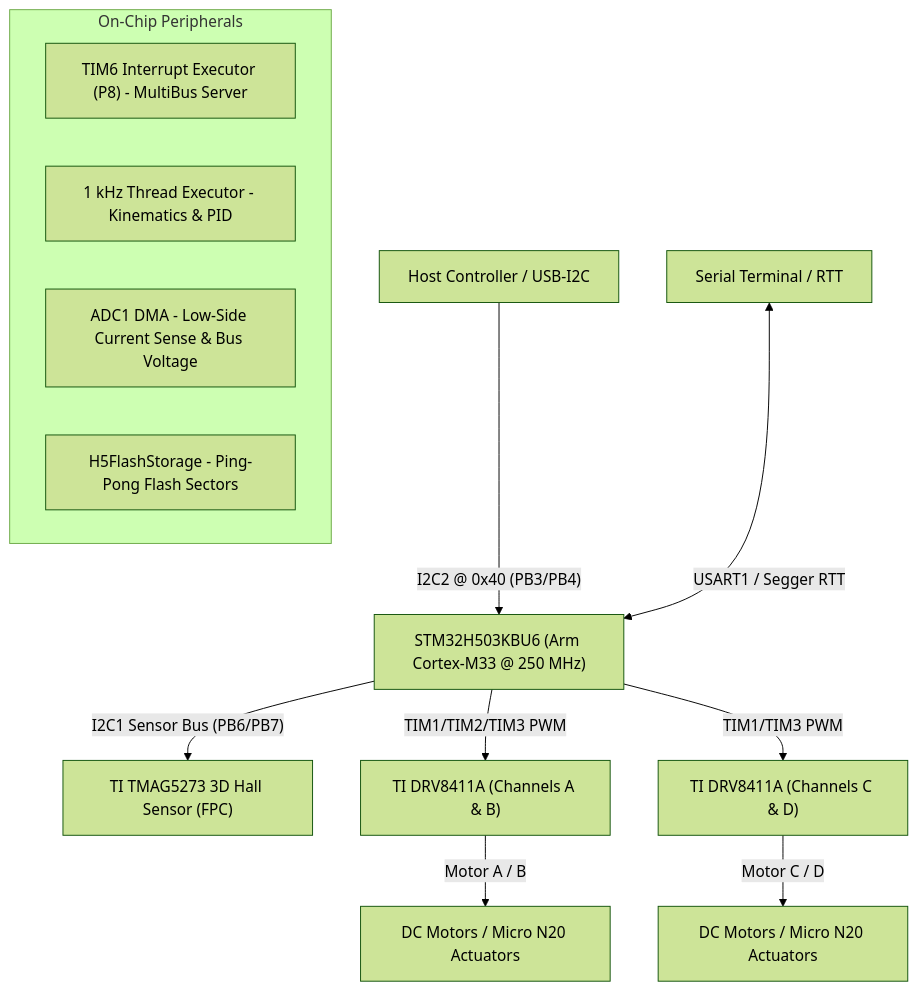
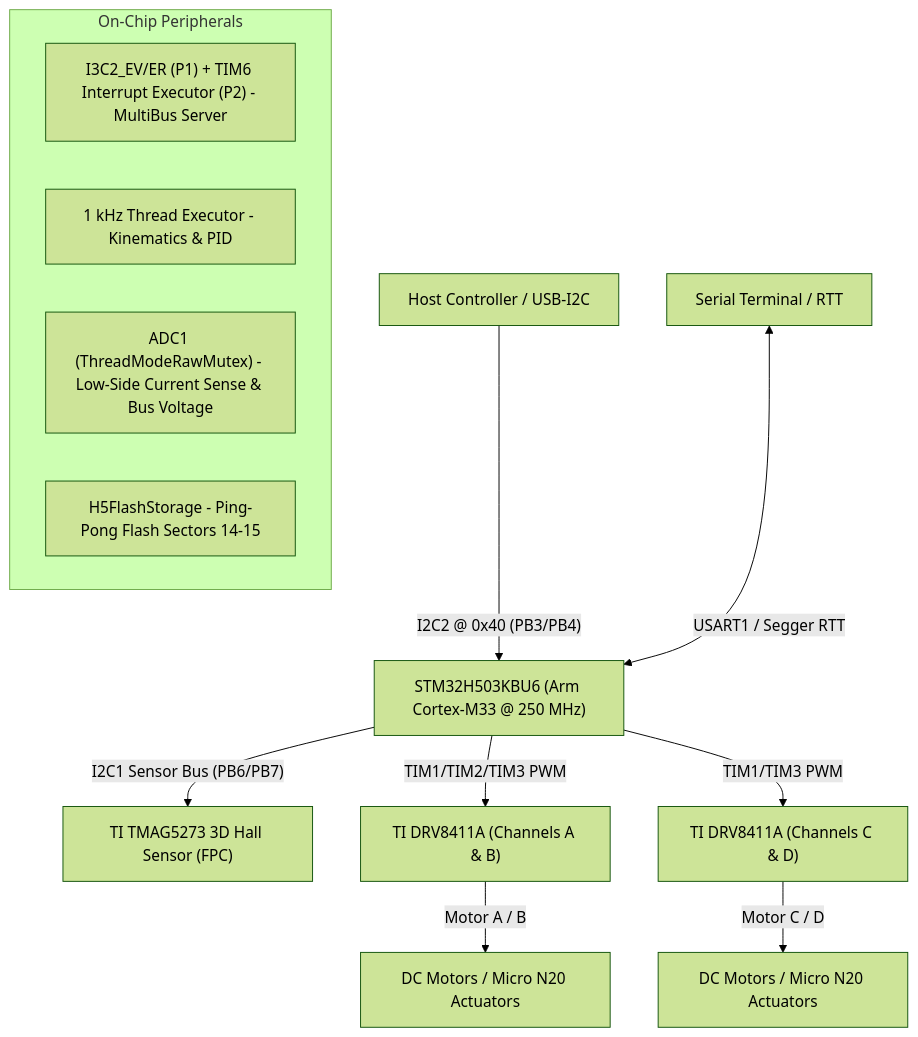
Before and after one commit to bareFOC/barefoc.github.io: the diagram in docs/examples/fishyservo.md, drawn with Mermaid (forest theme). The commit also changed other lines of this file and 3 other files, not shown here.

````diff
--- a/docs/examples/fishyservo.md
+++ b/docs/examples/fishyservo.md
@@ -17,19 +17,19 @@
 ```mermaid
 flowchart TD
     Host["Host Controller / USB-I2C"] -->|"I2C2 @ 0x40 (PB3/PB4)"| Stm32["STM32H503KBU6 (Arm Cortex-M33 @ 250 MHz)"]
     Console["Serial Terminal / RTT"] <-->|"USART1 / Segger RTT"| Stm32
     
     subgraph stm32_peripherals ["On-Chip Peripherals"]
-        I2CTarget["TIM6 Interrupt Executor (P8) - MultiBus Server"]
+        I2CTarget["I3C2_EV/ER (P1) + TIM6 Interrupt Executor (P2) - MultiBus Server"]
         MotorTask["1 kHz Thread Executor - Kinematics & PID"]
-        AdcTask["ADC1 DMA - Low-Side Current Sense & Bus Voltage"]
-        FlashStore["H5FlashStorage - Ping-Pong Flash Sectors"]
+        AdcTask["ADC1 (ThreadModeRawMutex) - Low-Side Current Sense & Bus Voltage"]
+        FlashStore["H5FlashStorage - Ping-Pong Flash Sectors 14-15"]
     end
     
     Stm32 -->|"I2C1 Sensor Bus (PB6/PB7)"| Tmag["TI TMAG5273 3D Hall Sensor (FPC)"]
     Stm32 -->|"TIM1/TIM2/TIM3 PWM"| DrvU1["TI DRV8411A (Channels A & B)"]
     Stm32 -->|"TIM1/TIM3 PWM"| DrvU2["TI DRV8411A (Channels C & D)"]
     
     DrvU1 -->|"Motor A / B"| MotorsAB["DC Motors / Micro N20 Actuators"]
     DrvU2 -->|"Motor C / D"| MotorsCD["DC Motors / Micro N20 Actuators"]
 ```
````
